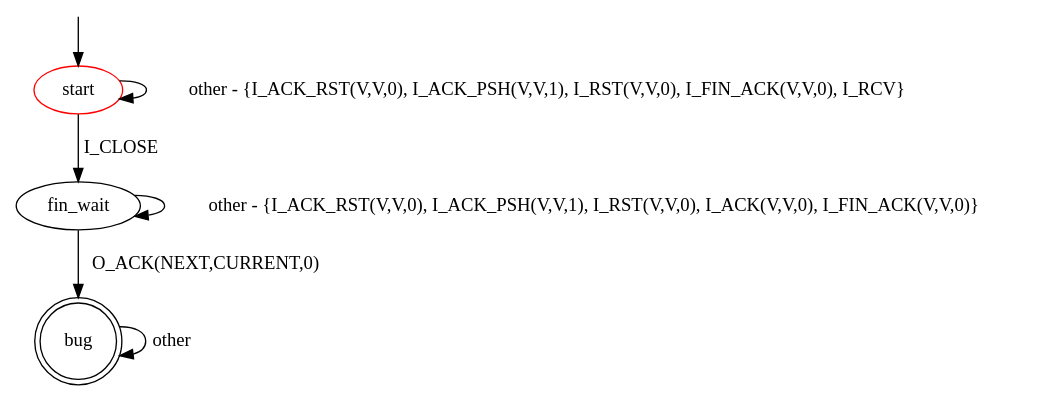
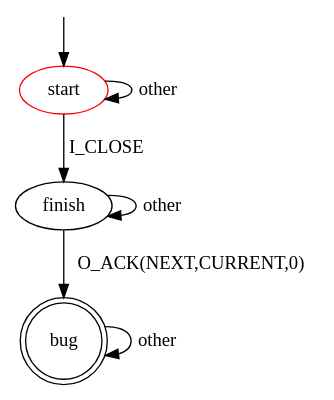
Before and after one commit to assist-project/state-machine-bug-finder: the diagram in src/main/resources/patterns/tcp/invalid_response_to_synack_fin_wait.dot, drawn with Graphviz. The commit also changed 3 other files, not shown here.

```diff
--- a/src/main/resources/patterns/tcp/invalid_response_to_synack_fin_wait.dot
+++ b/src/main/resources/patterns/tcp/invalid_response_to_synack_fin_wait.dot
@@ -1,15 +1,15 @@
 digraph G {
 label=""
 start [color="red"]
 bug [shape="doublecircle"]
 
-start -> fin_wait [label="I_CLOSE"]
-start -> start [label="other - {I_ACK_RST(V,V,0), I_ACK_PSH(V,V,1), I_RST(V,V,0), I_FIN_ACK(V,V,0), I_RCV}"]
-fin_wait -> fin_wait [label="other - {I_ACK_RST(V,V,0), I_ACK_PSH(V,V,1), I_RST(V,V,0), I_ACK(V,V,0), I_FIN_ACK(V,V,0)}"]
-fin_wait -> bug [label="O_ACK(NEXT,CURRENT,0)"]
+start -> finish [label="I_CLOSE"]
+start -> start [label="other"]
+finish -> finish [label="other"]
+finish -> bug [label="O_ACK(NEXT,CURRENT,0)"]
 
 bug -> bug [label="other"]
 
 __start0 [label="" shape="none" width="0" height="0"];
 __start0 -> start;
 }
```
